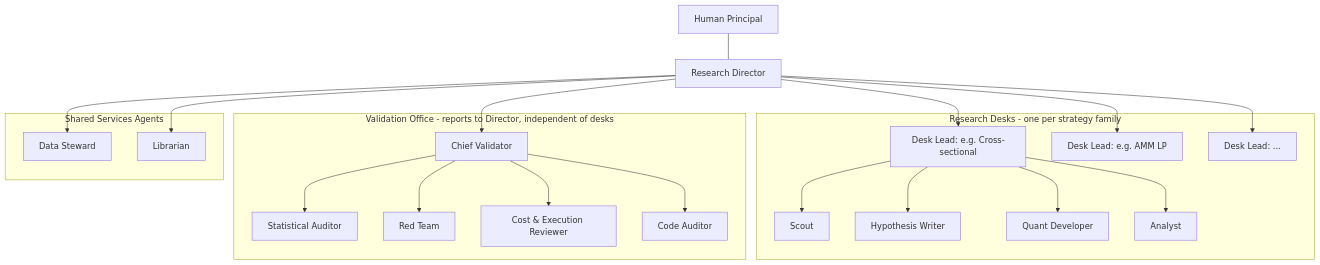
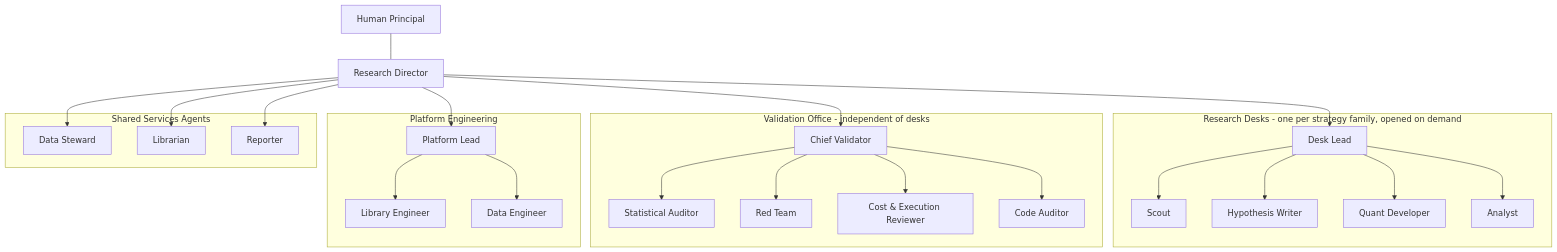
The second of 6 diagrams in docs/DESIGN.md (brandongla/qam), drawn with Mermaid before and after one commit. The commit also changed other lines of this file and 1 other file, not shown here.

First line of the commit message:
Design doc v0.2.0: model selection, engine integrity, data ingestion, human requests

````diff
--- a/docs/DESIGN.md
+++ b/docs/DESIGN.md
@@ -166,31 +186,32 @@
 ```mermaid
 flowchart TB
     H[Human Principal]
     RD[Research Director]
     H --- RD
 
-    subgraph Desks[Research Desks - one per strategy family]
-        DL1[Desk Lead: e.g. Cross-sectional]
-        DL2[Desk Lead: e.g. AMM LP]
-        DLn[Desk Lead: ...]
+    subgraph Desks[Research Desks - one per strategy family, opened on demand]
+        DL1[Desk Lead]
         DL1 --> S1[Scout] & HW1[Hypothesis Writer] & Q1[Quant Developer] & A1[Analyst]
     end
 
-    subgraph VOff[Validation Office - reports to Director, independent of desks]
+    subgraph VOff[Validation Office - independent of desks]
         CV[Chief Validator]
-        CV --> SA[Statistical Auditor]
-        CV --> RT[Red Team]
-        CV --> CR[Cost & Execution Reviewer]
-        CV --> CA[Code Auditor]
+        CV --> SA[Statistical Auditor] & RT[Red Team] & CR[Cost & Execution Reviewer] & CA[Code Auditor]
+    end
+
+    subgraph Plat[Platform Engineering]
+        PL[Platform Lead]
+        PL --> LE[Library Engineer] & DE[Data Engineer]
     end
 
     subgraph Shared[Shared Services Agents]
         DS[Data Steward]
         LIB[Librarian]
+        REP[Reporter]
     end
 
-    RD --> DL1 & DL2 & DLn
+    RD --> DL1
     RD --> CV
-    RD --> LIB
-    RD --> DS
+    RD --> PL
+    RD --> DS & LIB & REP
 ```
````
